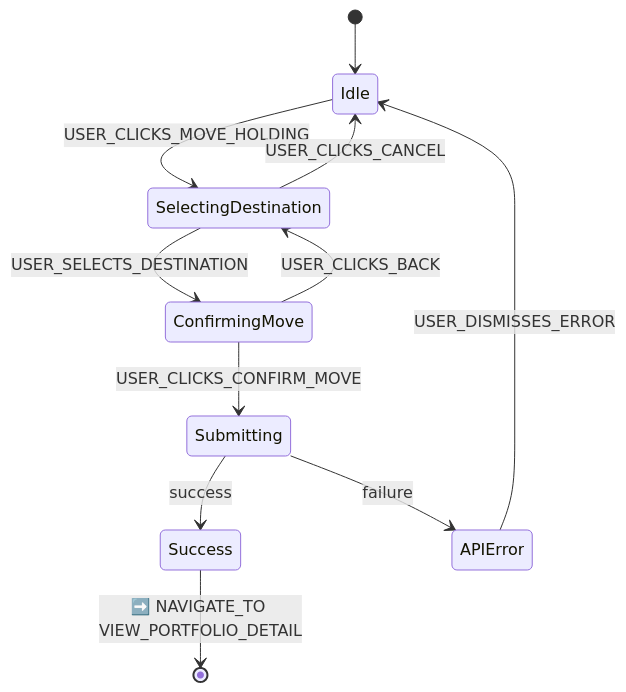
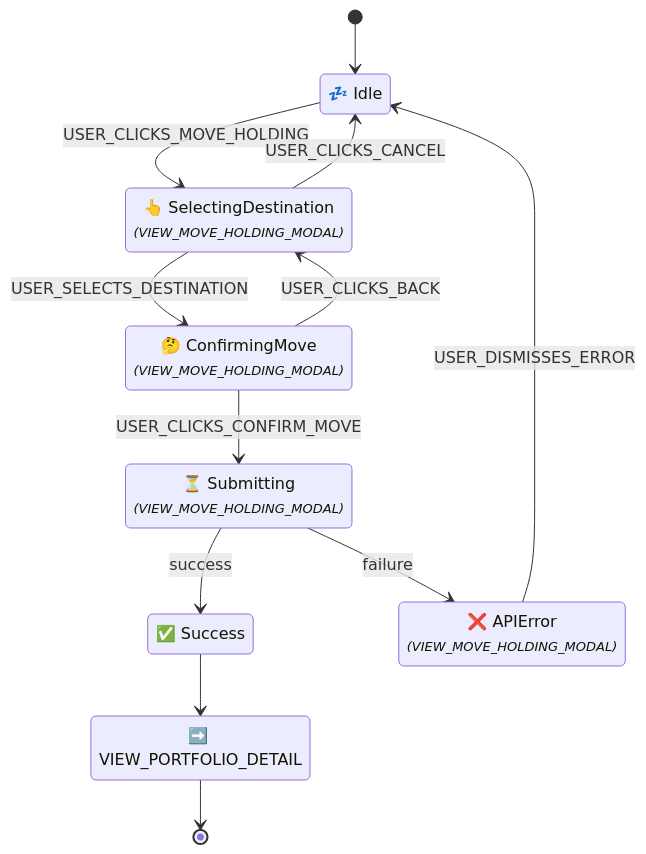
One commit to enzhao/Sentinel changed diagram 17 of 21 in docs/ui_flow_diagrams.md. Above: the diagram before and after it, drawn with Mermaid. The commit also changed other lines of this file and 6 other files, not shown here.

````diff
--- a/docs/ui_flow_diagrams.md
+++ b/docs/ui_flow_diagrams.md
@@ -254,14 +496,21 @@
 ```mermaid
 stateDiagram-v2
-    state "Idle" as Idle
     [*] --> Idle
+    state "💤 Idle" as Idle
     Idle --> SelectingDestination : USER_CLICKS_MOVE_HOLDING
+    state "👆 SelectingDestination<br/><font size="2"><i>(VIEW_MOVE_HOLDING_MODAL)</i></font>" as SelectingDestination
     SelectingDestination --> ConfirmingMove : USER_SELECTS_DESTINATION
     SelectingDestination --> Idle : USER_CLICKS_CANCEL
+    state "🤔 ConfirmingMove<br/><font size="2"><i>(VIEW_MOVE_HOLDING_MODAL)</i></font>" as ConfirmingMove
     ConfirmingMove --> Submitting : USER_CLICKS_CONFIRM_MOVE
     ConfirmingMove --> SelectingDestination : USER_CLICKS_BACK
+    state "⏳ Submitting<br/><font size="2"><i>(VIEW_MOVE_HOLDING_MODAL)</i></font>" as Submitting
     Submitting --> Success : success
     Submitting --> APIError : failure
-    Success --> [*] : ➡️ NAVIGATE_TO VIEW_PORTFOLIO_DETAIL
+    state "✅ Success" as Success
+    state "➡️ VIEW_PORTFOLIO_DETAIL" as Success_exit_action
+    Success --> Success_exit_action
+    Success_exit_action --> [*]
+    state "❌ APIError<br/><font size="2"><i>(VIEW_MOVE_HOLDING_MODAL)</i></font>" as APIError
     APIError --> Idle : USER_DISMISSES_ERROR
 ```
````
